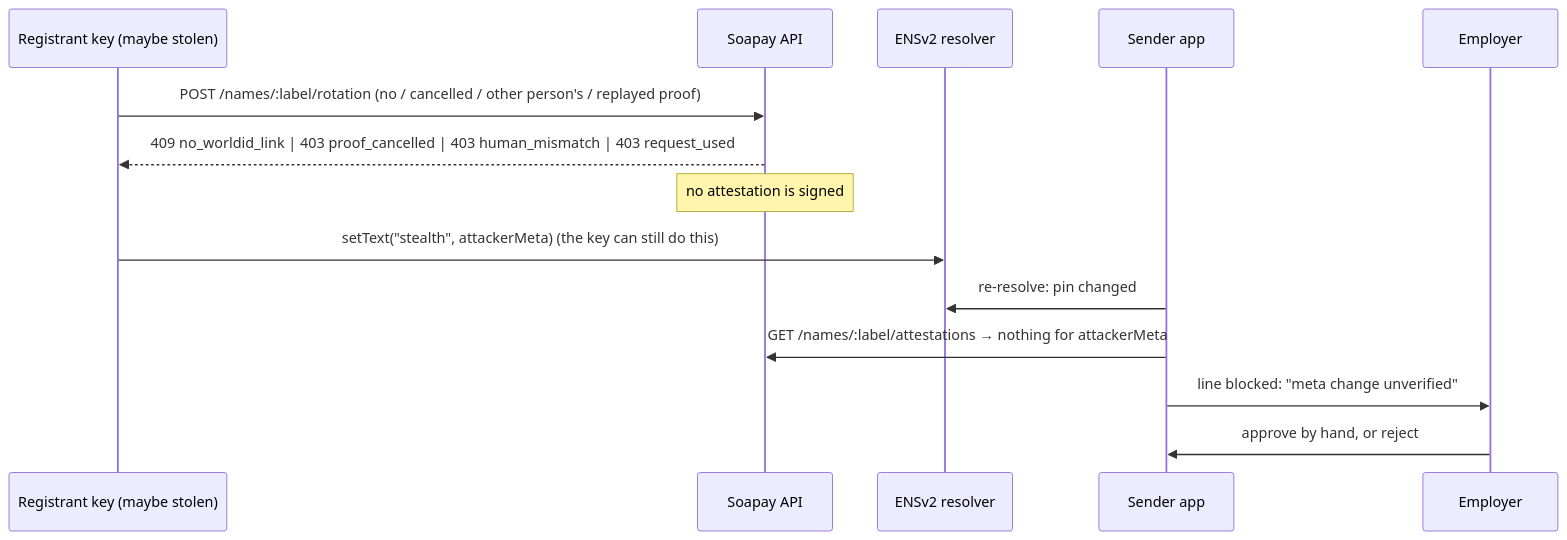
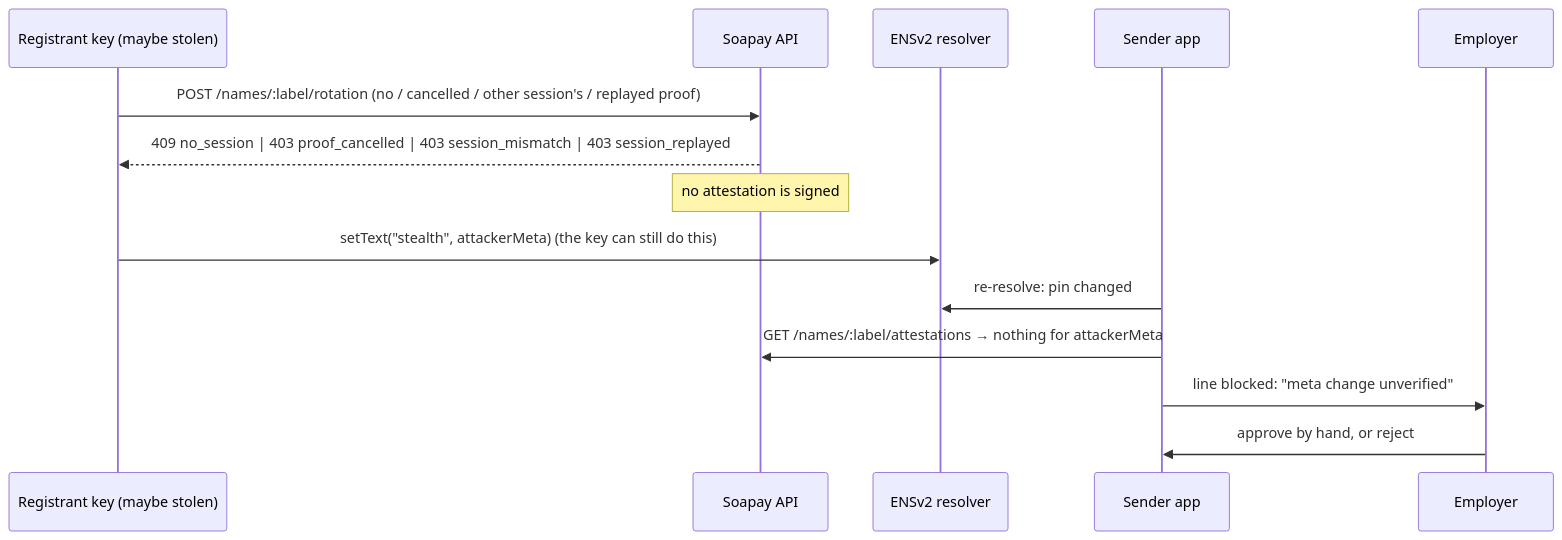
Before and after one commit to easonchai/soapay: the third of 3 diagrams in docs/worldid.md, drawn with Mermaid. The commit also changed other lines of this file and 8 other files, not shown here.

````diff
--- a/docs/worldid.md
+++ b/docs/worldid.md
@@ -119,16 +131,16 @@
 ```mermaid
 sequenceDiagram
   participant X as Registrant key (maybe stolen)
   participant A as Soapay API
   participant E as ENSv2 resolver
   participant S as Sender app
   participant H as Employer
-  X->>A: POST /names/:label/rotation (no / cancelled / other person's / replayed proof)
-  A-->>X: 409 no_worldid_link | 403 proof_cancelled | 403 human_mismatch | 403 request_used
+  X->>A: POST /names/:label/rotation (no / cancelled / other session's / replayed proof)
+  A-->>X: 409 no_session | 403 proof_cancelled | 403 session_mismatch | 403 session_replayed
   Note over A: no attestation is signed
   X->>E: setText("stealth", attackerMeta) (the key can still do this)
   S->>E: re-resolve: pin changed
   S->>A: GET /names/:label/attestations → nothing for attackerMeta
   S->>H: line blocked: "meta change unverified"
   H->>S: approve by hand, or reject
 ```
````
